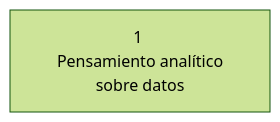
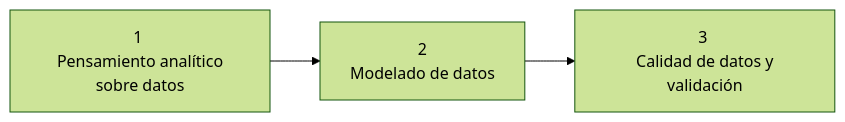
One commit to NaTHuber/exploration-notes changed the diagram in bitacoras-exploracion/BE-Fundamentos-Analytics-Engineering.md. Above: the diagram before and after it, drawn with Mermaid (forest theme). The commit also changed other lines of this file, not shown here.

Commit message:
[add]: Se añade el eje de modelado de datos a la bitácora

````diff
--- a/bitacoras-exploracion/BE-Fundamentos-Analytics-Engineering.md
+++ b/bitacoras-exploracion/BE-Fundamentos-Analytics-Engineering.md
@@ -5,4 +5,9 @@
 ```mermaid 
     graph LR
     A[1 <br> Pensamiento analítico sobre datos]
+    B[2 <br> Modelado de datos]
+    C[3 <br> Calidad de datos y validación]
+
+    A --> B
+    B --> C
 ```
````
